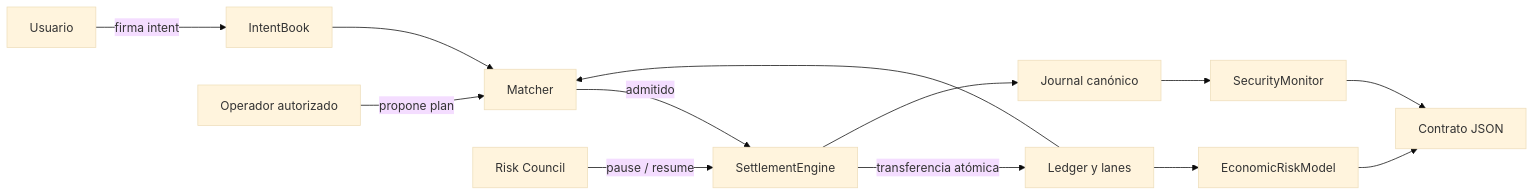
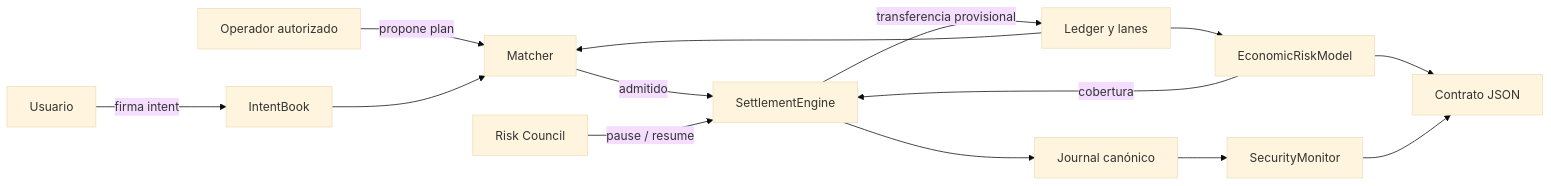
One commit to SolguardLabs/AetherDTL changed the first of 3 diagrams in README.md. Above: the diagram before and after it, drawn with Mermaid (base theme). The commit also changed other lines of this file and 16 other files, not shown here.

````diff
--- a/README.md
+++ b/README.md
@@ -33,15 +34,16 @@
 ```mermaid
 flowchart LR
     U["Usuario"] -->|"firma intent"| B["IntentBook"]
     O["Operador autorizado"] -->|"propone plan"| M["Matcher"]
     B --> M
     L["Ledger y lanes"] --> M
     M -->|"admitido"| E["SettlementEngine"]
     G["Risk Council"] -->|"pause / resume"| E
-    E -->|"transferencia atómica"| L
+    E -->|"transferencia provisional"| L
     E --> J["Journal canónico"]
     L --> R["EconomicRiskModel"]
+    R -->|"cobertura"| E
     J --> S["SecurityMonitor"]
     R --> API["Contrato JSON"]
     S --> API
 ```
````
